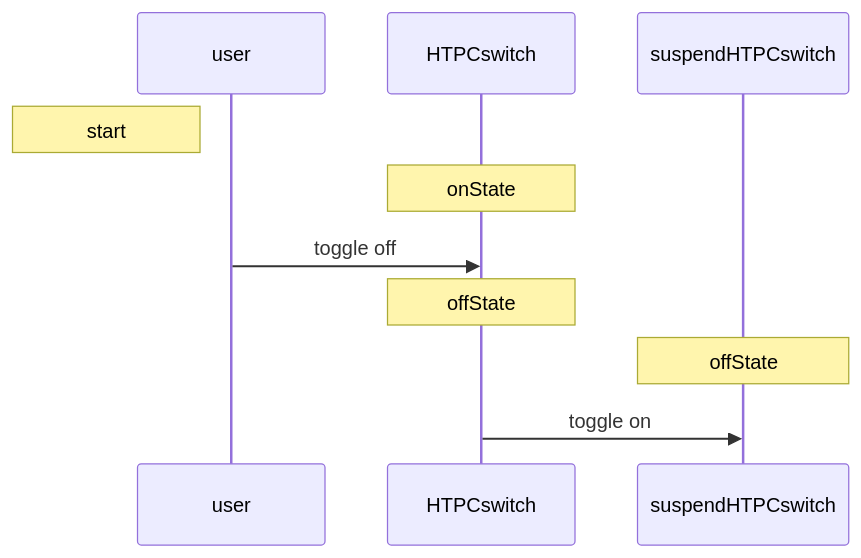
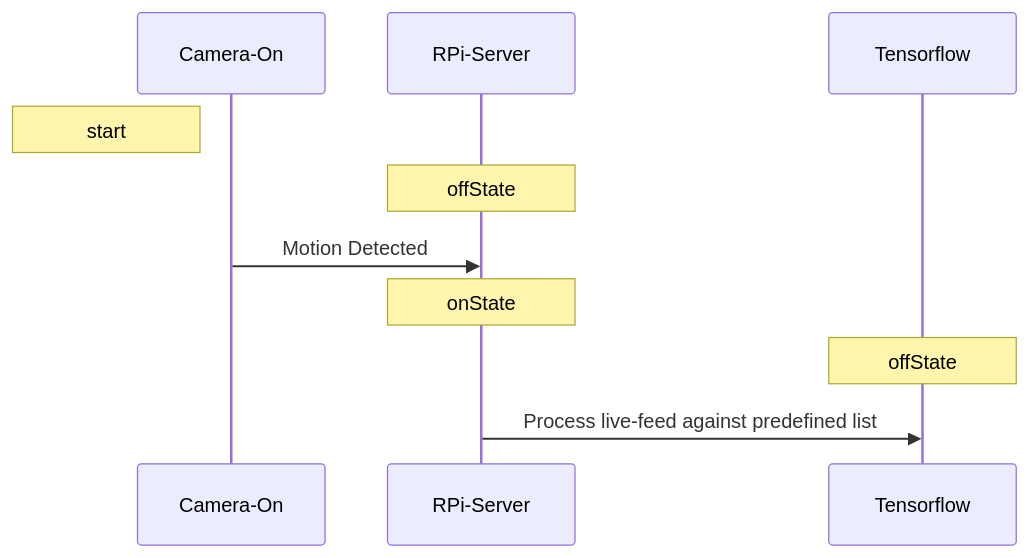
One commit to ibbyhibby/Home-Automation changed the third of 3 diagrams in README.md. Above: the diagram before and after it, drawn with Mermaid.

````diff
--- a/README.md
+++ b/README.md
@@ -77,9 +77,9 @@
 ```mermaid
 sequenceDiagram
-   Note left of user: start
-   Note over HTPCswitch: onState
-   user->>HTPCswitch: toggle off
-   Note over HTPCswitch: offState
-   Note over suspendHTPCswitch: offState
-   HTPCswitch->>suspendHTPCswitch: toggle on
+   Note left of Camera-On: start
+   Note over RPi-Server: offState
+   Camera-On->>RPi-Server: Motion Detected
+   Note over RPi-Server: onState
+   Note over Tensorflow: offState
+   RPi-Server->>Tensorflow: Process live-feed against predefined list
 ```
````
